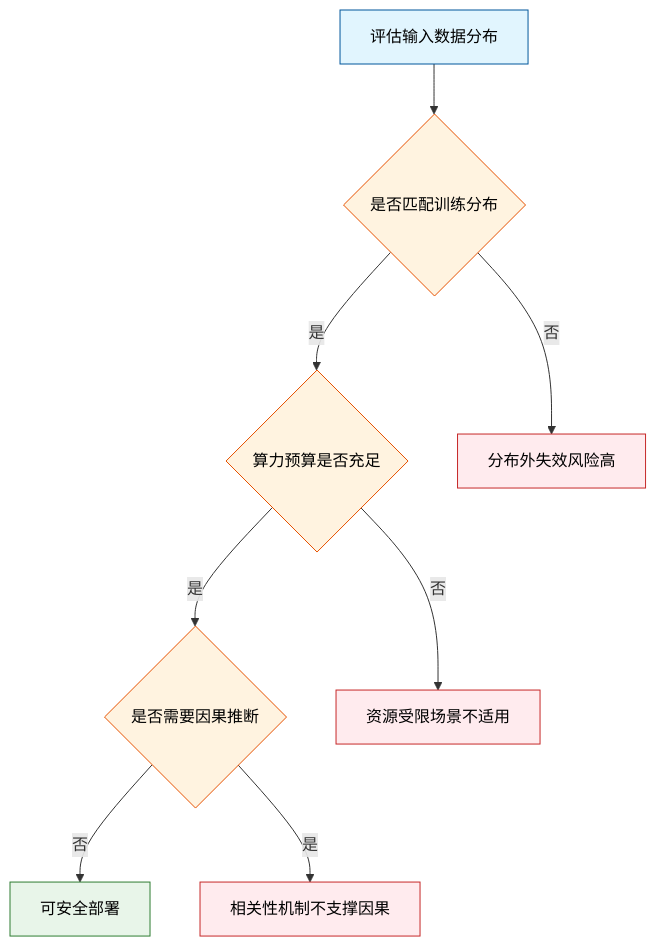
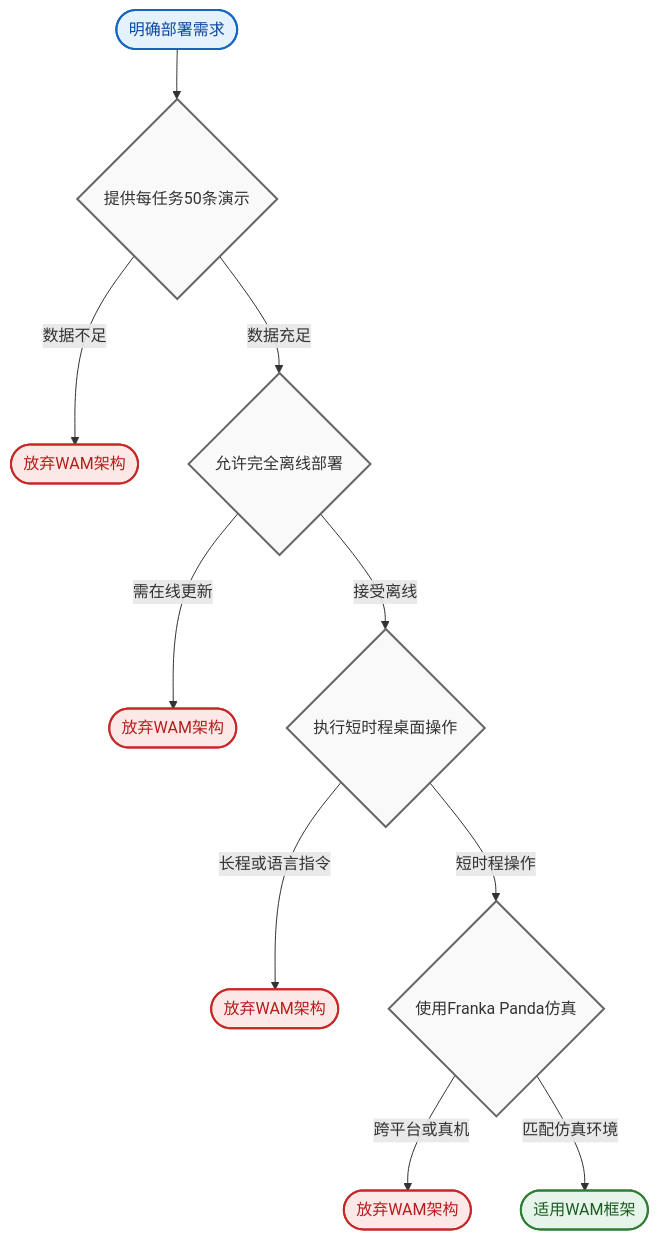
One commit to ShinewineW/paper-rolling changed the ninth of 10 diagrams in person_vault/2026-06-08_EnhancingPolicyLearningWithWorldActionModel_2603.28955/report.md. Above: the diagram before and after it, drawn with Mermaid. The commit also changed other lines of this file and 51 other files, not shown here.

````diff
--- a/person_vault/2026-06-08_EnhancingPolicyLearningWithWorldActionModel_2603.28955/report.md
+++ b/person_vault/2026-06-08_EnhancingPolicyLearningWithWorldActionModel_2603.28955/report.md
@@ -429,15 +616,17 @@
 ```mermaid
 flowchart TD
-    classDef start fill:#e1f5fe,stroke:#01579b,color:#000;
-    classDef decision fill:#fff3e0,stroke:#e65100,color:#000;
-    classDef pass fill:#e8f5e9,stroke:#2e7d32,color:#000;
-    classDef fail fill:#ffebee,stroke:#c62828,color:#000;
-    
-    start_eval["评估输入数据分布"]:::start --> check_dist{是否匹配训练分布}:::decision
-    check_dist -->|是| check_compute{算力预算是否充足}:::decision
-    check_dist -->|否| fail_ood["分布外失效风险高"]:::fail
-    check_compute -->|是| check_causal{是否需要因果推断}:::decision
-    check_compute -->|否| fail_resource["资源受限场景不适用"]:::fail
-    check_causal -->|否| pass["可安全部署"]:::pass
-    check_causal -->|是| fail_causal["相关性机制不支撑因果"]:::fail
+    classDef start fill:#e3f2fd,stroke:#1565c0,stroke-width:2px,color:#0d47a1;
+    classDef gate fill:#f9f9f9,stroke:#666,stroke-width:2px,color:#333;
+    classDef pass fill:#e6f4ea,stroke:#2e7d32,stroke-width:2px,color:#1b5e20;
+    classDef fail fill:#fce8e6,stroke:#c62828,stroke-width:2px,color:#b71c1c;
+
+    start_node(["明确部署需求"]):::start --> data_check{提供每任务50条演示}:::gate
+    data_check -->|数据不足| fail_data(["放弃WAM架构"]):::fail
+    data_check -->|数据充足| offline_check{允许完全离线部署}:::gate
+    offline_check -->|需在线更新| fail_online(["放弃WAM架构"]):::fail
+    offline_check -->|接受离线| task_check{执行短时程桌面操作}:::gate
+    task_check -->|长程或语言指令| fail_task(["放弃WAM架构"]):::fail
+    task_check -->|短时程操作| platform_check{使用Franka Panda仿真}:::gate
+    platform_check -->|跨平台或真机| fail_sim(["放弃WAM架构"]):::fail
+    platform_check -->|匹配仿真环境| pass_wam(["适用WAM框架"]):::pass
 ```
````
